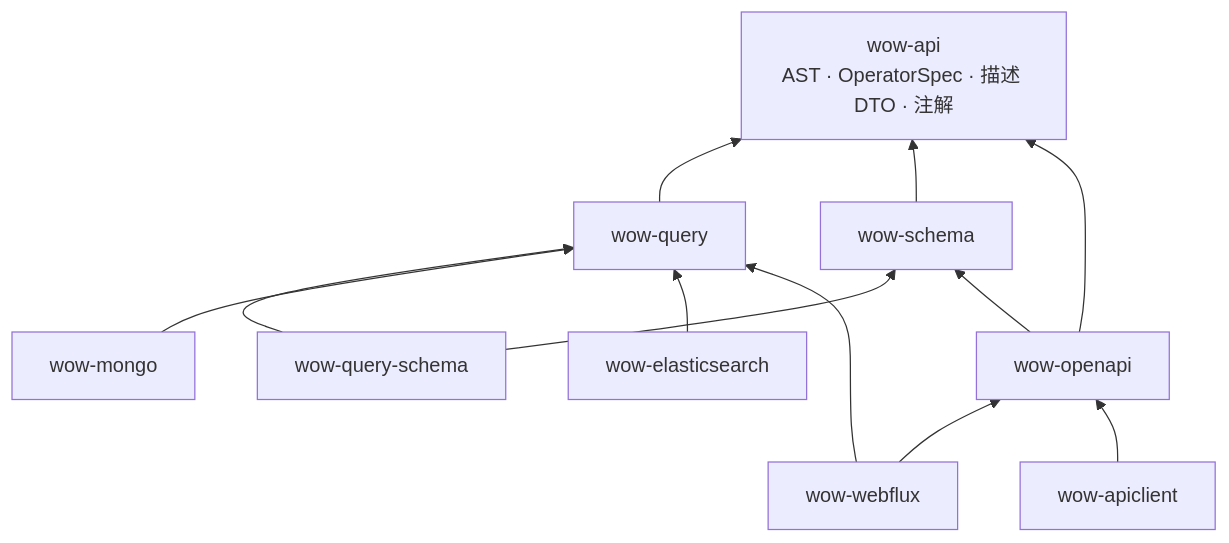
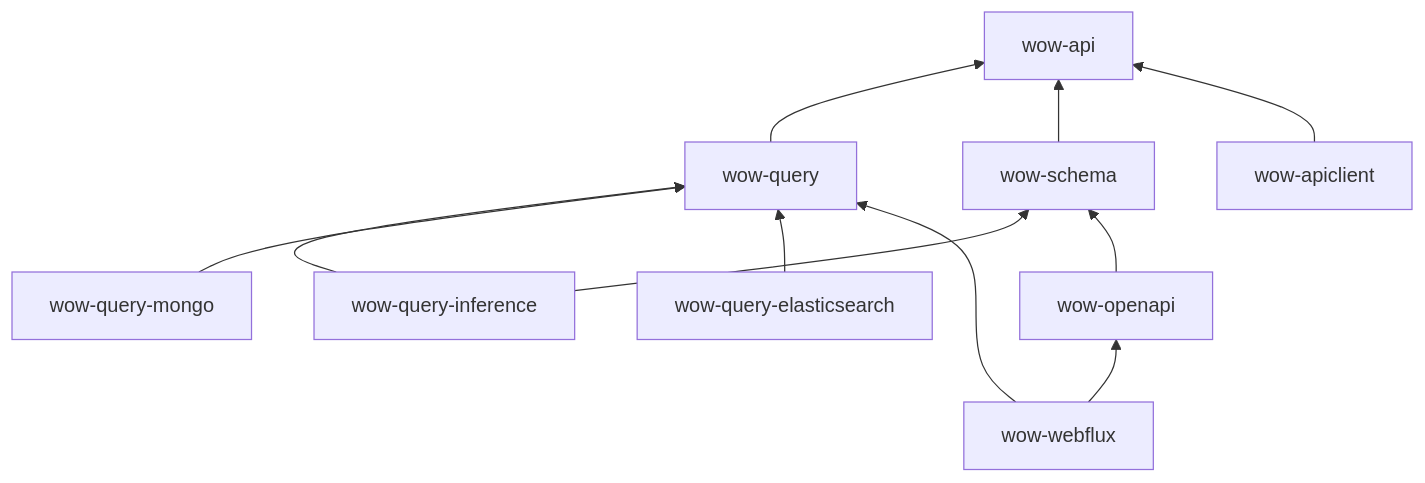
One commit to Ahoo-Wang/Wow changed the third of 3 diagrams in documentation/designs/2026-09-24-query-target-architecture-design.md. Above: the diagram before and after it, drawn with Mermaid. The commit also changed other lines of this file and 18 other files, not shown here.

First line of the commit message:
docs(query): redesign the query target architecture from first principles

````diff
--- a/documentation/designs/2026-09-24-query-target-architecture-design.md
+++ b/documentation/designs/2026-09-24-query-target-architecture-design.md
@@ -501,15 +487,14 @@
 ```mermaid
 flowchart BT
-    api[wow-api<br/>AST · OperatorSpec · 描述 DTO · 注解]
+    api[wow-api]
     query[wow-query] --> api
+    inf[wow-query-inference] --> query
+    inf --> schema
+    qm[wow-query-mongo] --> query
+    qe[wow-query-elasticsearch] --> query
     schema[wow-schema] --> api
-    qschema[wow-query-schema] --> query
-    qschema --> schema
     openapi[wow-openapi] --> schema
-    openapi --> api
-    mongo[wow-mongo] --> query
-    es[wow-elasticsearch] --> query
     webflux[wow-webflux] --> query
     webflux --> openapi
-    apiclient[wow-apiclient] --> openapi
+    apiclient[wow-apiclient] --> api
 ```
````
